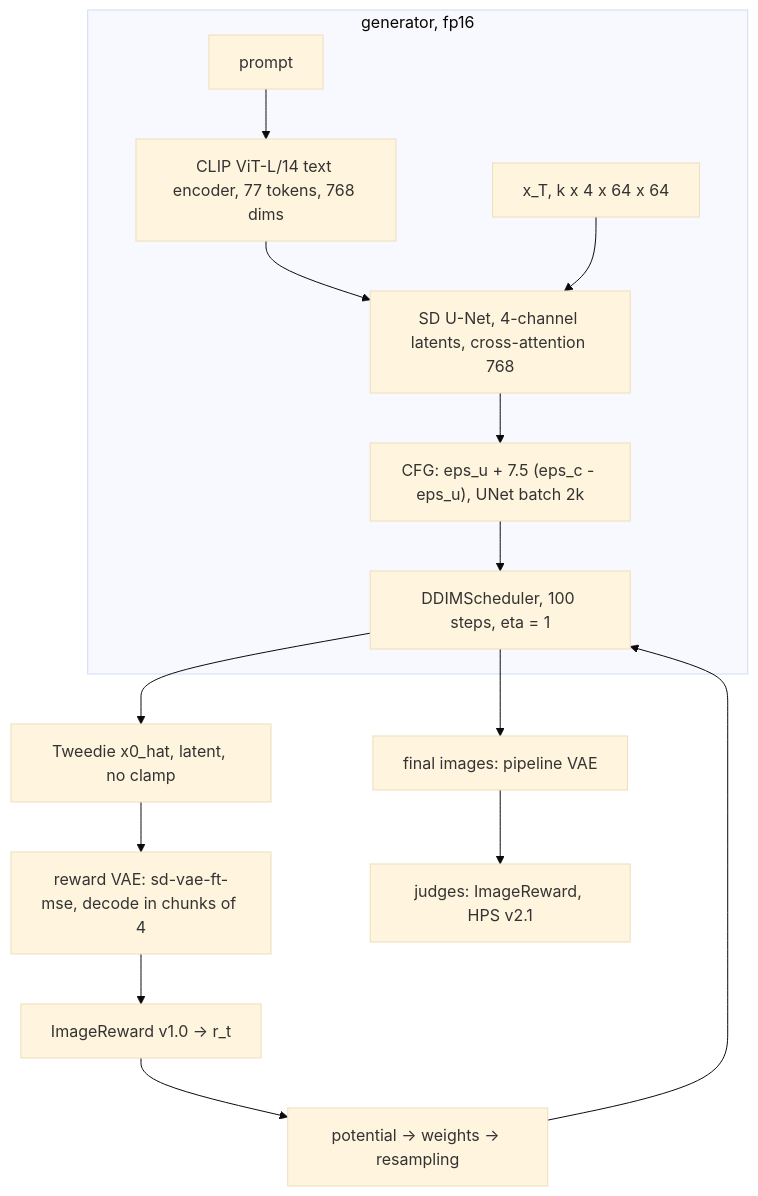
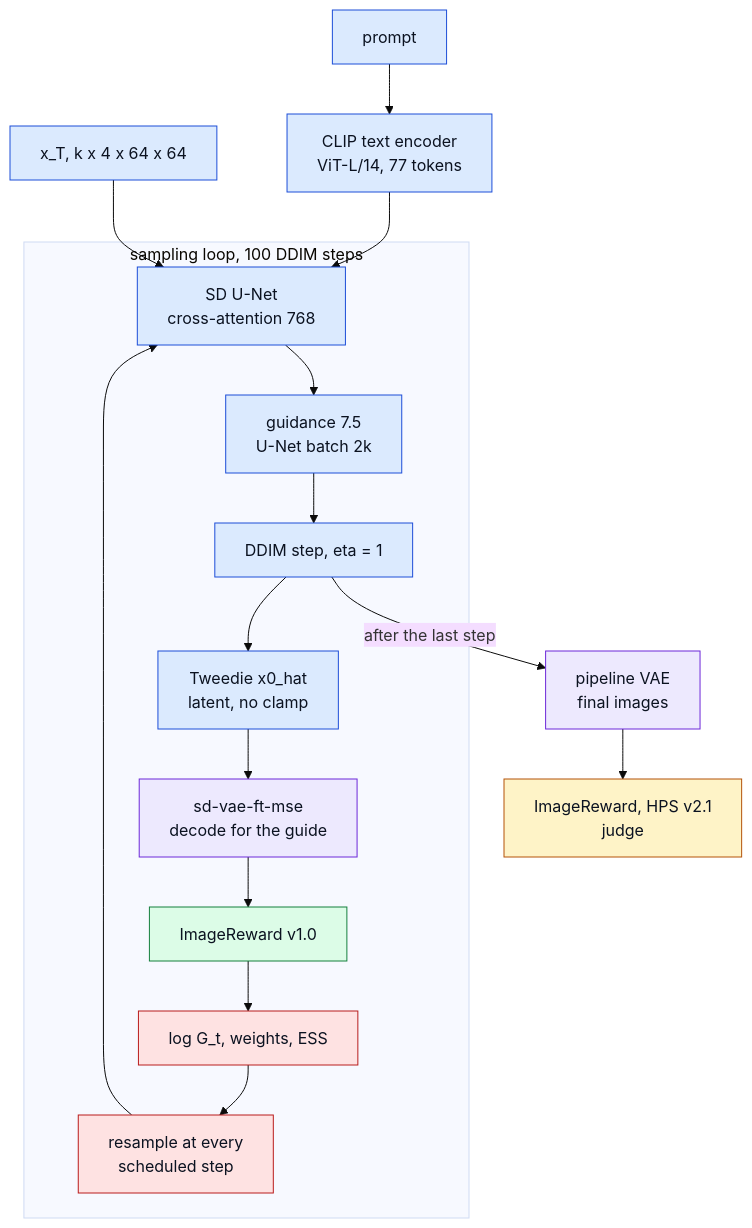
One commit to fogatogl/FK_steering_implementation changed the fifth of 6 diagrams in docs/architecture.md. Above: the diagram before and after it, drawn with Mermaid (base theme). The commit also changed other lines of this file, not shown here.

Commit message:
the six diagrams read top to bottom, inside the text column, with one colour code for the roles

````diff
--- a/docs/architecture.md
+++ b/docs/architecture.md
@@ -169,17 +197,28 @@
 ```mermaid
 flowchart TB
-    subgraph gen["generator, fp16"]
-        P["prompt"] --> TE["CLIP ViT-L/14 text encoder, 77 tokens, 768 dims"]
-        TE --> UN["SD U-Net, 4-channel latents, cross-attention 768"]
-        X["x_T, k x 4 x 64 x 64"] --> UN
-        UN --> CFG["CFG: eps_u + 7.5 (eps_c - eps_u), UNet batch 2k"]
-        CFG --> DD["DDIMScheduler, 100 steps, eta = 1"]
+    P["prompt"]:::gen
+    TE["CLIP text encoder<br>ViT-L/14, 77 tokens"]:::gen
+    X["x_T, k x 4 x 64 x 64"]:::gen
+    subgraph loop["sampling loop, 100 DDIM steps"]
+        UN["SD U-Net<br>cross-attention 768"]:::gen
+        CFG["guidance 7.5<br>U-Net batch 2k"]:::gen
+        DD["DDIM step, eta = 1"]:::gen
+        TW["Tweedie x0_hat<br>latent, no clamp"]:::gen
+        VG["sd-vae-ft-mse<br>decode for the guide"]:::dec
+        IR["ImageReward v1.0"]:::guide
+        W["log G_t, weights, ESS"]:::smc
+        RS["resample at every<br>scheduled step"]:::smc
+        UN --> CFG --> DD --> TW --> VG --> IR --> W --> RS
+        RS --> UN
     end
-    DD --> TW["Tweedie x0_hat, latent, no clamp"]
-    TW --> VG["reward VAE: sd-vae-ft-mse, decode in chunks of 4"]
-    VG --> IR["ImageReward v1.0 -> r_t"]
-    IR --> POT["potential -> weights -> resampling"]
-    POT --> DD
-    DD --> VF["final images: pipeline VAE"]
-    VF --> JU["judges: ImageReward, HPS v2.1"]
+    P --> TE
+    TE --> UN
+    X --> UN
+    DD -- "after the last step" --> VF["pipeline VAE<br>final images"]:::dec
+    VF --> JU["ImageReward, HPS v2.1<br>judge"]:::judge
+    classDef gen fill:#dbeafe,stroke:#1d4ed8,stroke-width:1px,color:#0b1220
+    classDef guide fill:#dcfce7,stroke:#15803d,stroke-width:1px,color:#0b1220
+    classDef judge fill:#fef3c7,stroke:#b45309,stroke-width:1px,color:#0b1220
+    classDef dec fill:#ede9fe,stroke:#6d28d9,stroke-width:1px,color:#0b1220
+    classDef smc fill:#fee2e2,stroke:#b91c1c,stroke-width:1px,color:#0b1220
 ```
````
